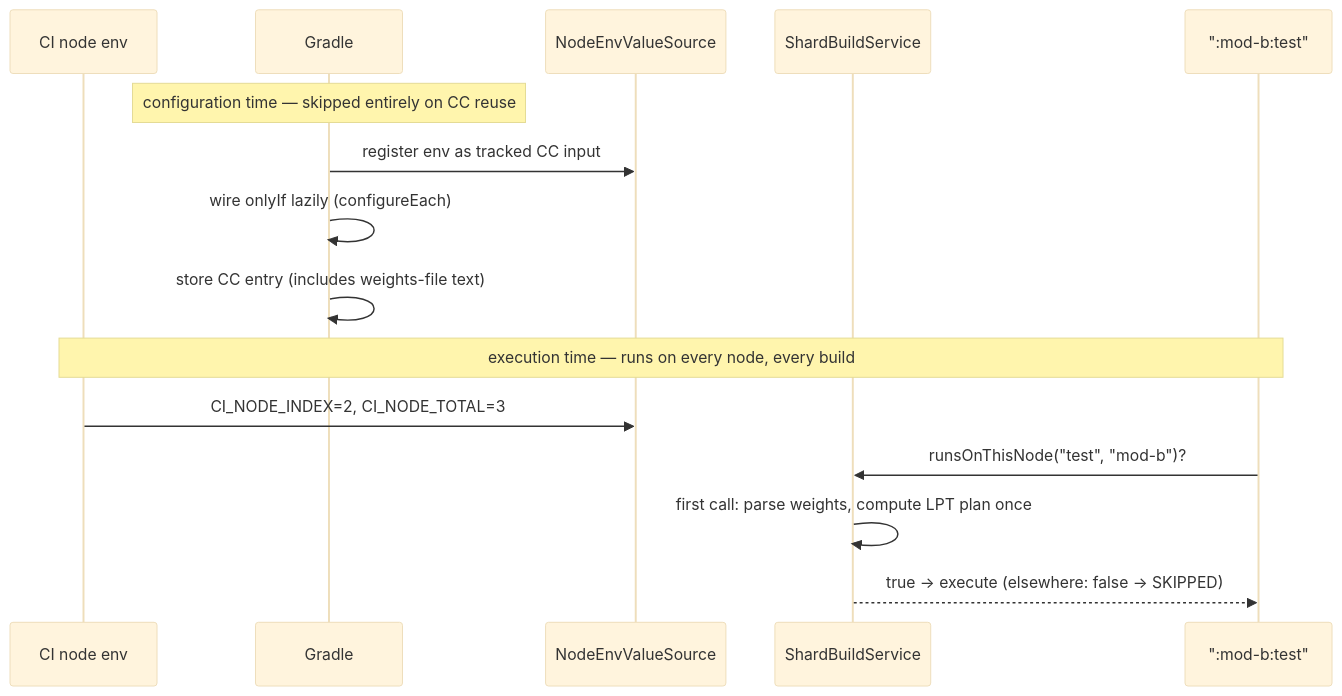
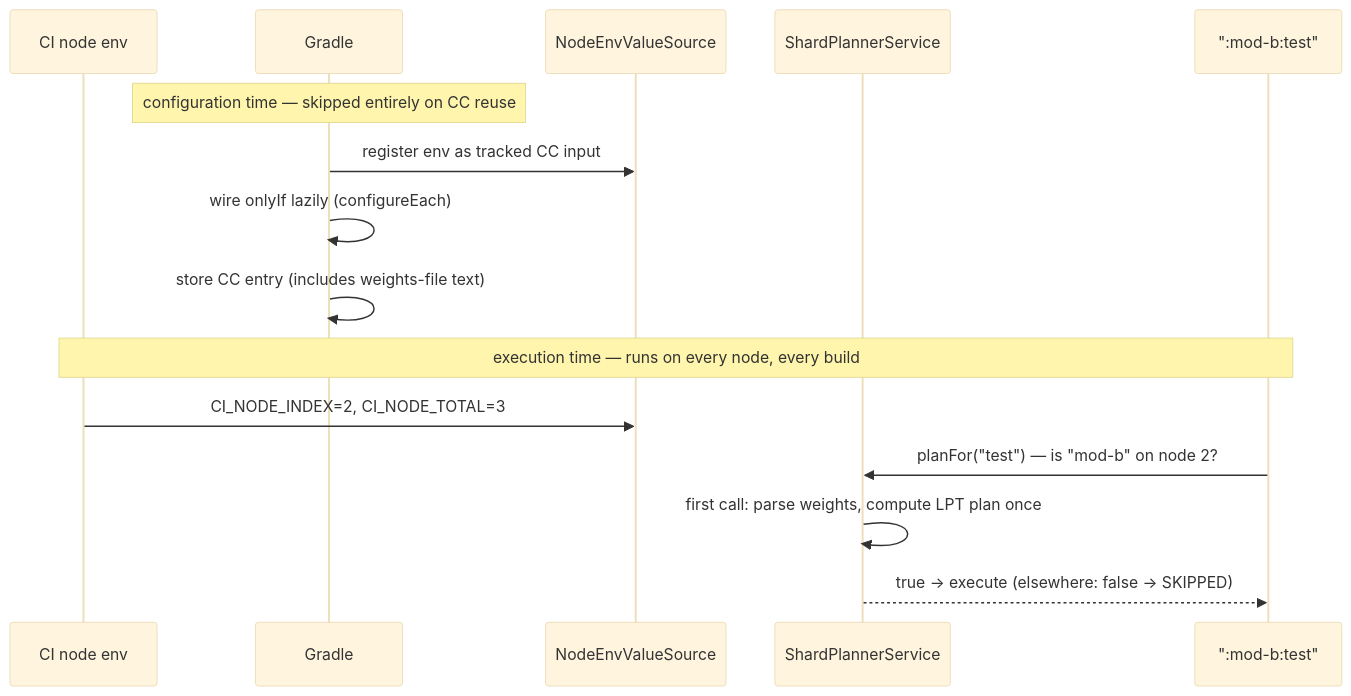
Before and after one commit to micschr0/gradle-test-shard-plugin: the third of 3 diagrams in docs/how-it-works.md, drawn with Mermaid (base theme). The commit also changed other lines of this file and 8 other files, not shown here.

````diff
--- a/docs/how-it-works.md
+++ b/docs/how-it-works.md
@@ -162,17 +158,17 @@
 ```mermaid
 sequenceDiagram
     participant CI as CI node env
     participant G as Gradle
     participant VS as NodeEnvValueSource
-    participant BS as ShardBuildService
+    participant BS as ShardPlannerService
     participant T as ":mod-b:test"
     Note over G: configuration time — skipped entirely on CC reuse
     G->>VS: register env as tracked CC input
     G->>G: wire onlyIf lazily (configureEach)
     G->>G: store CC entry (includes weights-file text)
     Note over CI,T: execution time — runs on every node, every build
     CI->>VS: CI_NODE_INDEX=2, CI_NODE_TOTAL=3
-    T->>BS: runsOnThisNode("test", "mod-b")?
+    T->>BS: planFor("test") — is "mod-b" on node 2?
     BS->>BS: first call: parse weights, compute LPT plan once
     BS-->>T: true → execute (elsewhere: false → SKIPPED)
 ```
````
